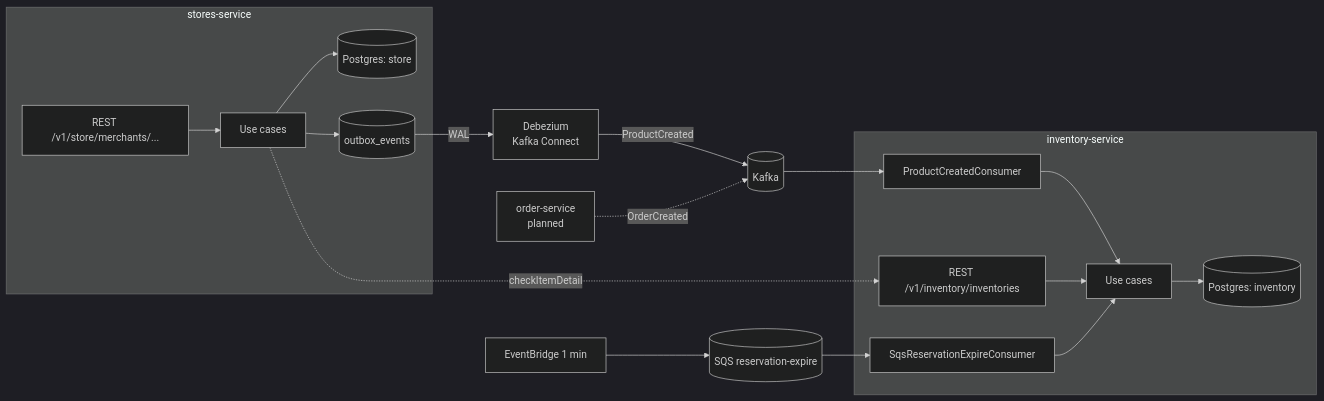
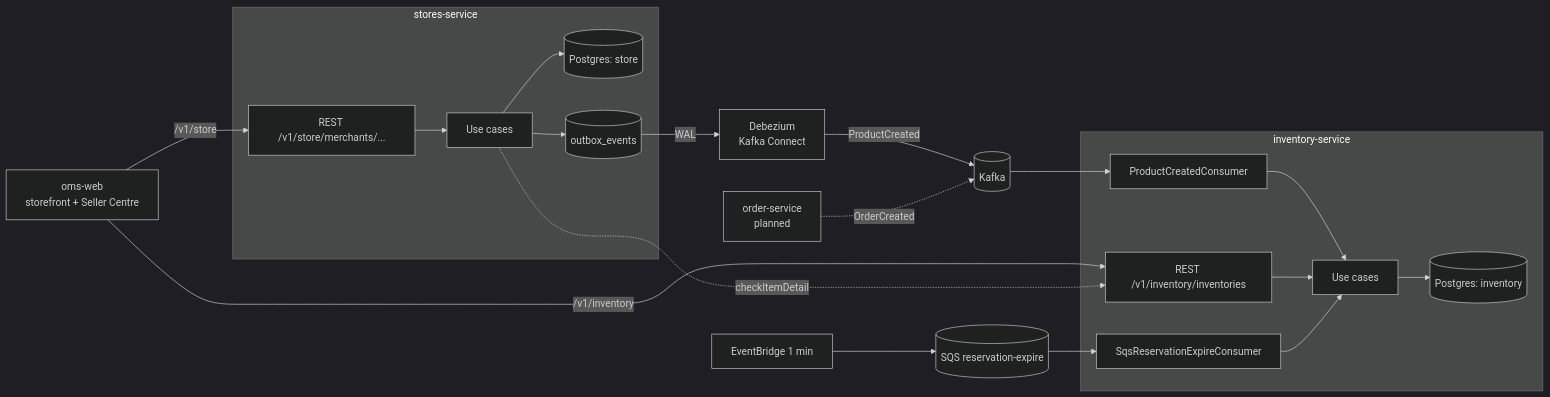
The diagram in architecture/system-overview.md (domt97/oms-workspace), drawn with Mermaid (dark theme) before and after one commit. The commit also changed other lines of this file and 6 other files, not shown here.

First line of the commit message:
docs: add oms-web to the workspace

````diff
--- a/architecture/system-overview.md
+++ b/architecture/system-overview.md
@@ -3,20 +3,22 @@
 ```mermaid
 flowchart LR
     subgraph stores-service
         SAPI[REST /v1/store/merchants/...] --> SUC[Use cases]
         SUC --> SDB[(Postgres: store)]
         SUC --> OB[(outbox_events)]
     end
     OB -- WAL --> DBZ[Debezium<br/>Kafka Connect]
     DBZ -- ProductCreated --> K[(Kafka)]
     K --> PC[ProductCreatedConsumer]
     subgraph inventory-service
         PC --> IUC[Use cases]
         IAPI[REST /v1/inventory/inventories] --> IUC
         SQS[SqsReservationExpireConsumer] --> IUC
         IUC --> IDB[(Postgres: inventory)]
     end
     EB[EventBridge 1 min] --> Q[(SQS reservation-expire)] --> SQS
     ORD[order-service<br/>planned] -. OrderCreated .-> K
+    WEB[oms-web<br/>storefront + Seller Centre] -- /v1/store --> SAPI
+    WEB -- /v1/inventory --> IAPI
     SUC -. checkItemDetail .-> IAPI
 ```
````
